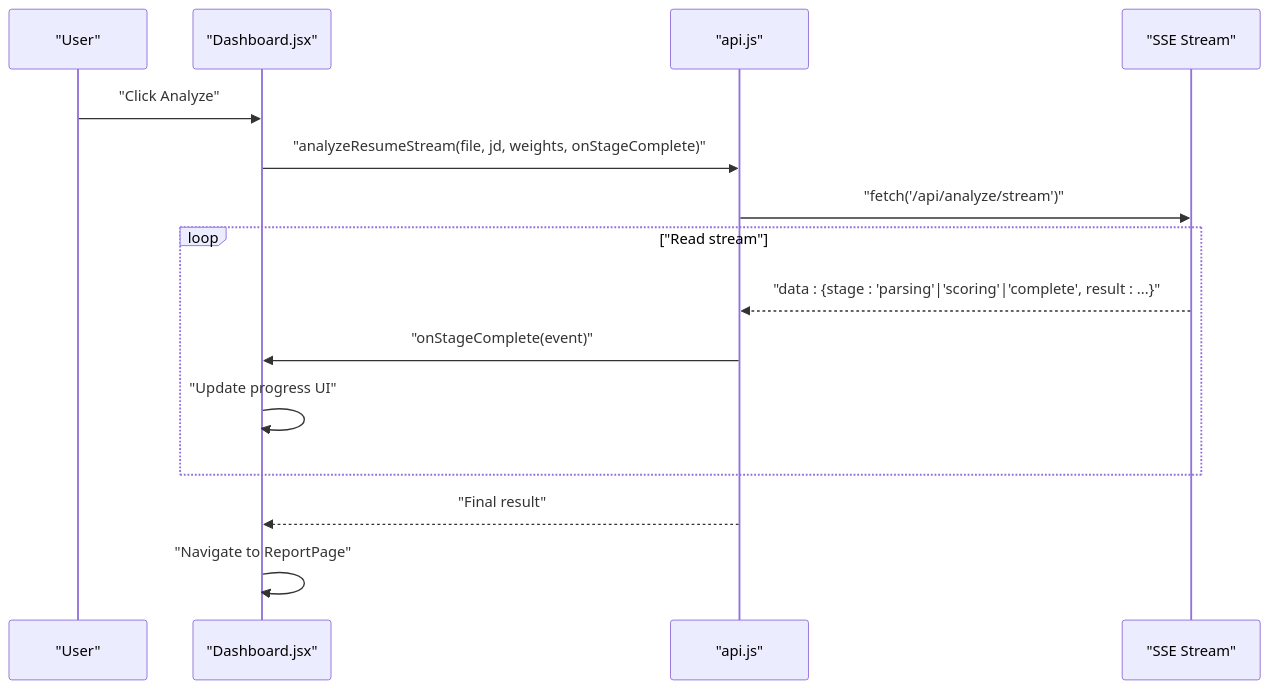
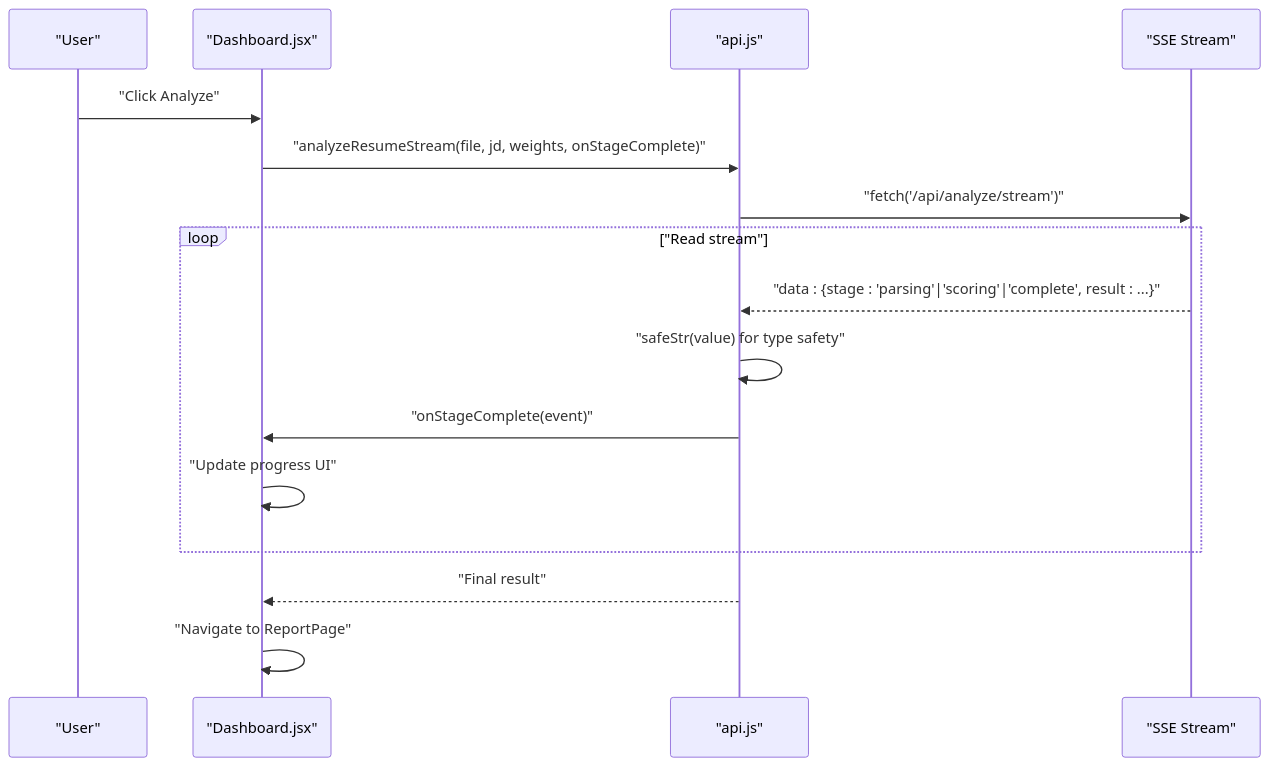
One commit to Revanththetalogics/aireume changed the fifth of 7 diagrams in .qoder/repowiki/en/content/Real-time Processing.md. Above: the diagram before and after it, drawn with Mermaid. The commit also changed other lines of this file and 61 other files, not shown here.

````diff
--- a/.qoder/repowiki/en/content/Real-time Processing.md
+++ b/.qoder/repowiki/en/content/Real-time Processing.md
@@ -189,17 +250,18 @@
 ```mermaid
 sequenceDiagram
 participant User as "User"
 participant UI as "Dashboard.jsx"
 participant API as "api.js"
 participant SSE as "SSE Stream"
 User->>UI : "Click Analyze"
 UI->>API : "analyzeResumeStream(file, jd, weights, onStageComplete)"
 API->>SSE : "fetch('/api/analyze/stream')"
 loop "Read stream"
 SSE-->>API : "data : {stage : 'parsing'|'scoring'|'complete', result : ...}"
+API->>API : "safeStr(value) for type safety"
 API->>UI : "onStageComplete(event)"
 UI->>UI : "Update progress UI"
 end
 API-->>UI : "Final result"
 UI->>UI : "Navigate to ReportPage"
 ```
````
